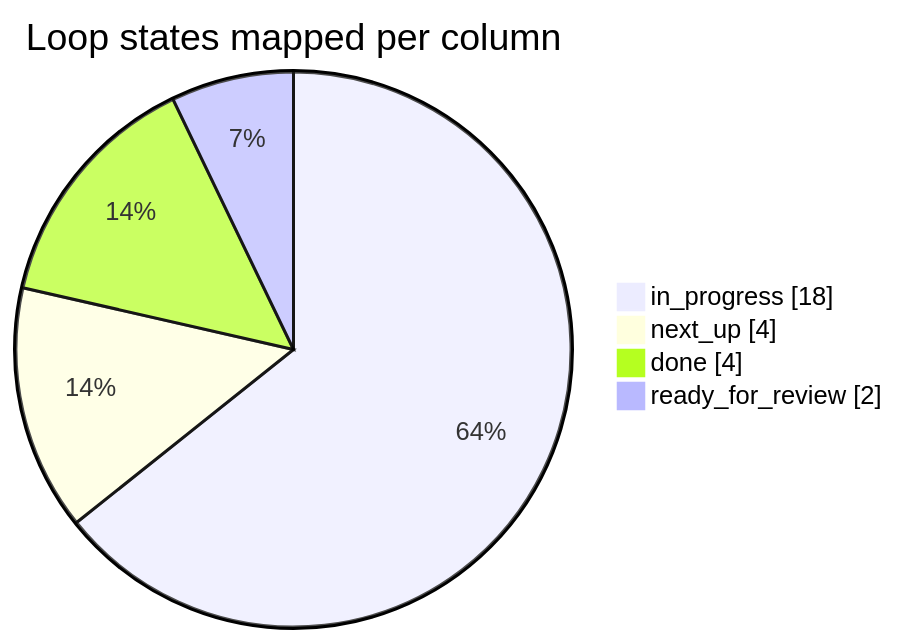
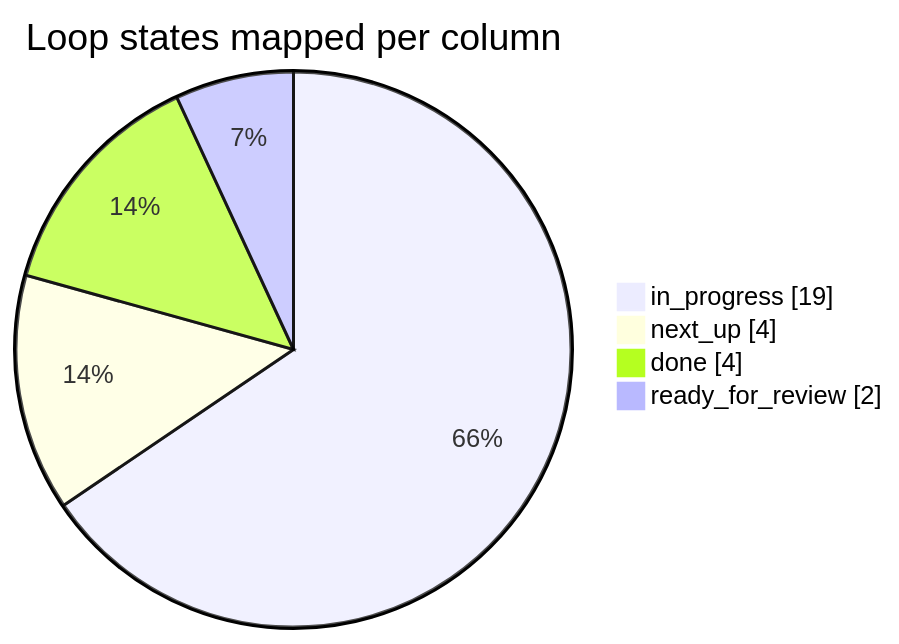
Before and after one commit to mfittko/dev-loops: diagram 13 of 18 in docs/atlas/03-state-machines.md, drawn with Mermaid. The commit also changed other lines of this file, not shown here.

````diff
--- a/docs/atlas/03-state-machines.md
+++ b/docs/atlas/03-state-machines.md
@@ -429,8 +430,8 @@
 ```mermaid
 pie showData
   title Loop states mapped per column
-  "in_progress" : 18
+  "in_progress" : 19
   "next_up" : 4
   "done" : 4
   "ready_for_review" : 2
 ```
````
